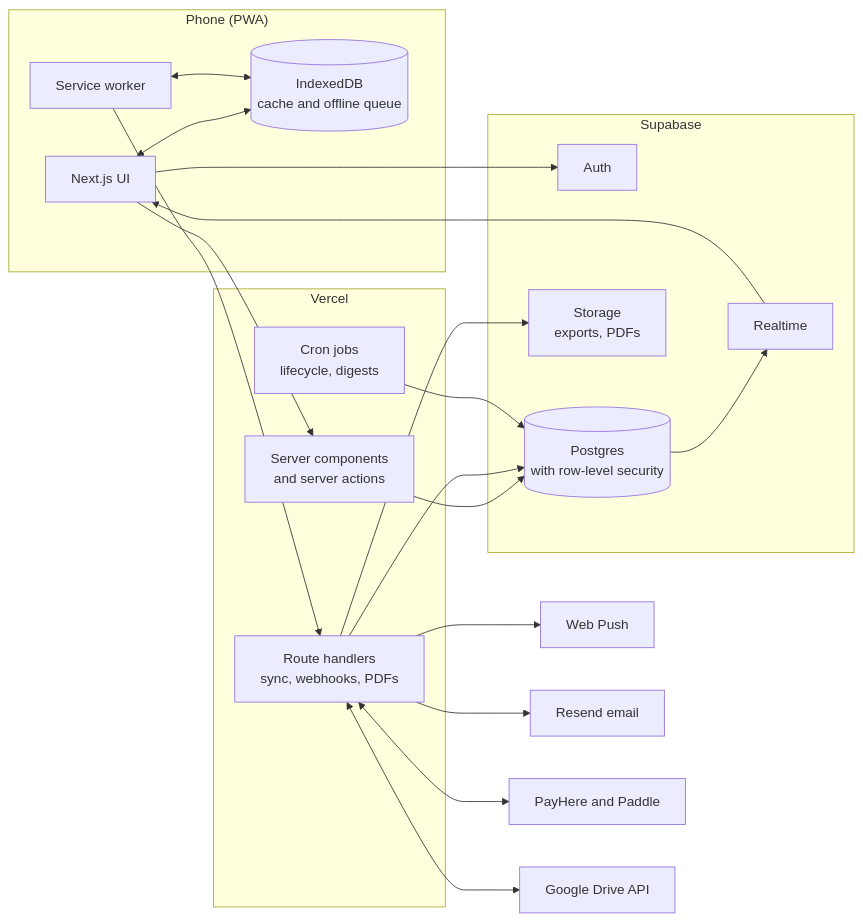
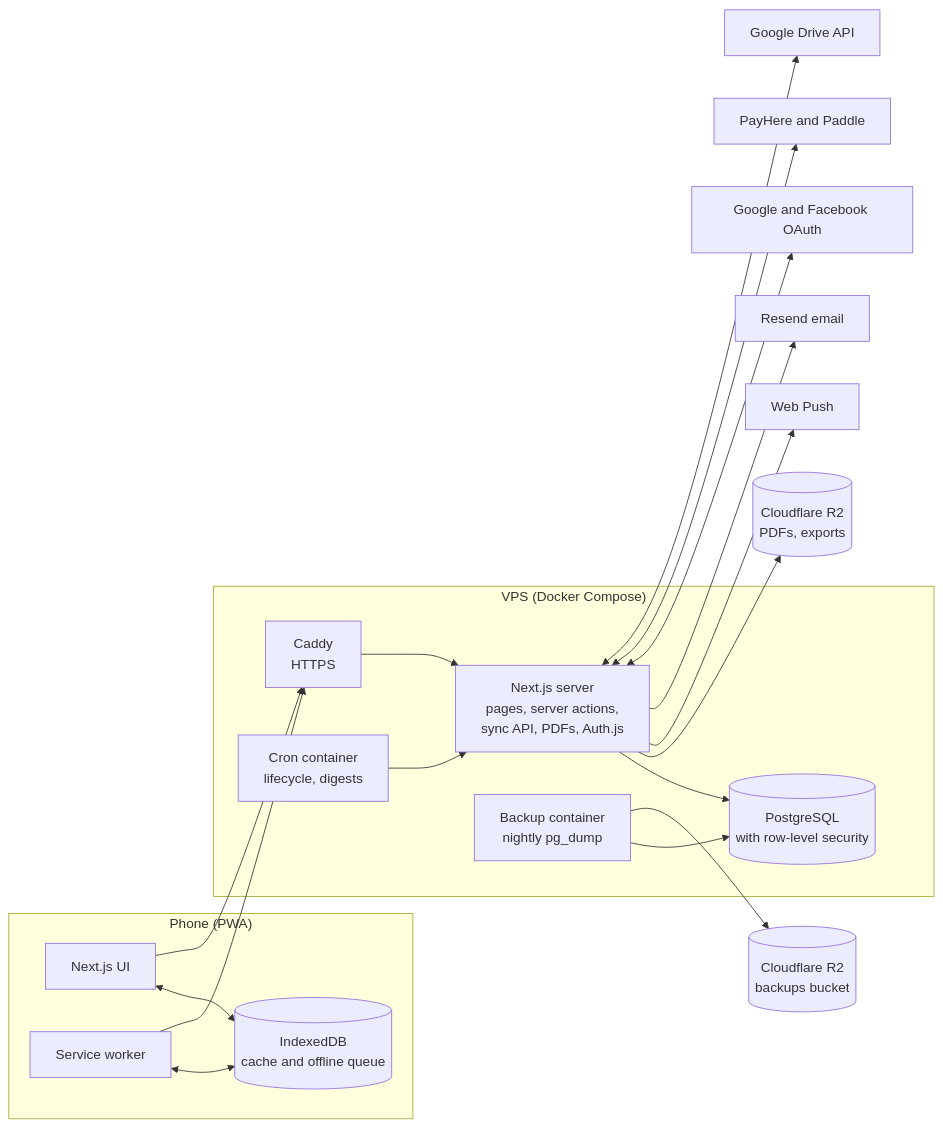
One commit to Dimuthu7/Wayfund changed the first of 2 diagrams in docs/04-architecture.md. Above: the diagram before and after it, drawn with Mermaid. The commit also changed other lines of this file and 4 other files, not shown here.

First line of the commit message:
Plan free dev hosting and a Docker VPS for production

````diff
--- a/docs/04-architecture.md
+++ b/docs/04-architecture.md
@@ -44,38 +47,33 @@
 ```mermaid
 flowchart LR
     subgraph Phone["Phone (PWA)"]
         UI[Next.js UI]
         SW[Service worker]
         IDB[(IndexedDB<br/>cache and offline queue)]
         UI <--> IDB
         SW <--> IDB
     end
 
-    subgraph Vercel
-        RSC[Server components<br/>and server actions]
-        API[Route handlers<br/>sync, webhooks, PDFs]
-        CRON[Cron jobs<br/>lifecycle, digests]
+    subgraph VPS["VPS (Docker Compose)"]
+        CADDY[Caddy<br/>HTTPS]
+        APP[Next.js server<br/>pages, server actions,<br/>sync API, PDFs, Auth.js]
+        DB[(PostgreSQL<br/>with row-level security)]
+        CRON[Cron container<br/>lifecycle, digests]
+        BAK[Backup container<br/>nightly pg_dump]
+        CADDY --> APP
+        APP --> DB
+        CRON --> APP
+        BAK --> DB
     end
 
-    subgraph Supabase
-        AUTH[Auth]
-        DB[(Postgres<br/>with row-level security)]
-        RT[Realtime]
-        ST[Storage<br/>exports, PDFs]
-    end
+    UI --> CADDY
+    SW --> CADDY
 
-    UI --> RSC
-    SW --> API
-    RSC --> DB
-    API --> DB
-    CRON --> DB
-    UI --> AUTH
-    RT --> UI
-    DB --> RT
-    API --> ST
-
-    API --> PUSH[Web Push]
-    API --> MAIL[Resend email]
-    API <--> PAY[PayHere and Paddle]
-    API <--> GD[Google Drive API]
+    APP --> R2[(Cloudflare R2<br/>PDFs, exports)]
+    BAK --> R2B[(Cloudflare R2<br/>backups bucket)]
+    APP --> PUSH[Web Push]
+    APP --> MAIL[Resend email]
+    APP <--> OAUTH[Google and Facebook OAuth]
+    APP <--> PAY[PayHere and Paddle]
+    APP <--> GD[Google Drive API]
 ```
````
